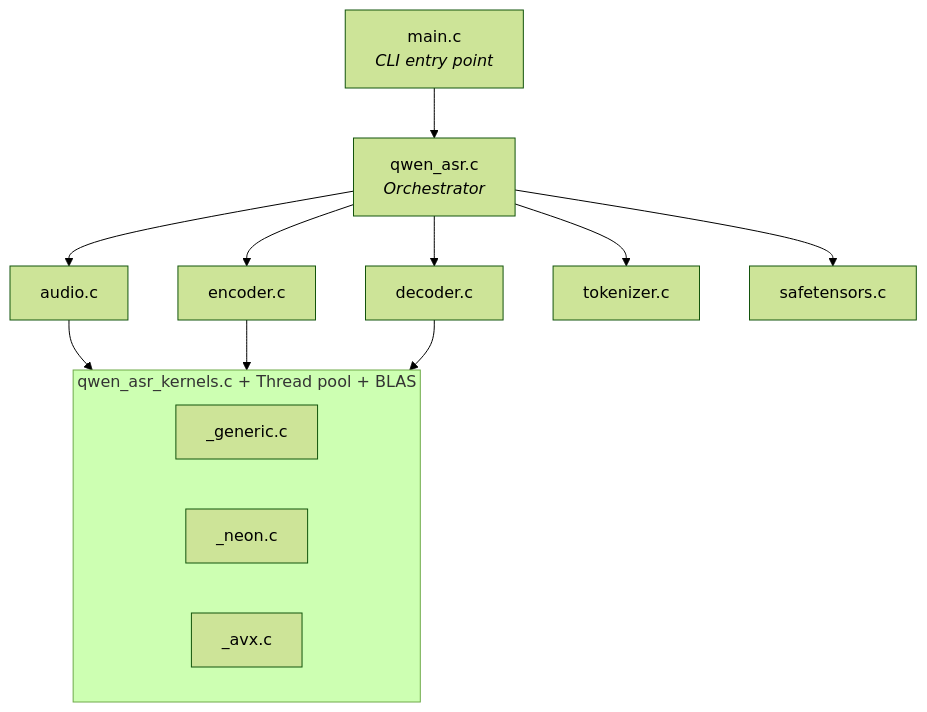
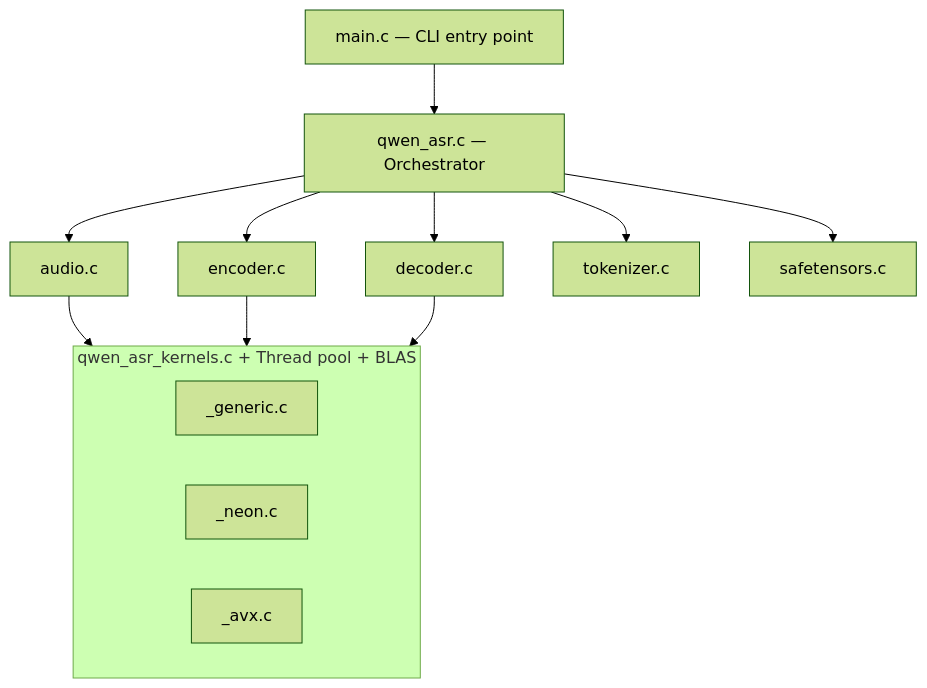
One commit to Justme0/asr-polish changed the tenth of 16 diagrams in doc/qwen-asr-analysis.md. Above: the diagram before and after it, drawn with Mermaid (forest theme). The commit also changed other lines of this file and 3 other files, not shown here.

````diff
--- a/doc/qwen-asr-analysis.md
+++ b/doc/qwen-asr-analysis.md
@@ -5,16 +359,13 @@
 ```mermaid
 graph TD
-    CLI["main.c<br><i>CLI entry point</i>"]
-    ORC["qwen_asr.c<br><i>Orchestrator</i>"]
+    CLI["main.c — CLI entry point"]
+    ORC["qwen_asr.c — Orchestrator"]
     CLI --> ORC
-
     ORC --> audio.c & encoder.c & decoder.c & tokenizer.c & safetensors.c
-
     audio.c & encoder.c & decoder.c --> K
-
     subgraph K["qwen_asr_kernels.c + Thread pool + BLAS"]
         _generic.c
         _neon.c
         _avx.c
     end
 ```
````
